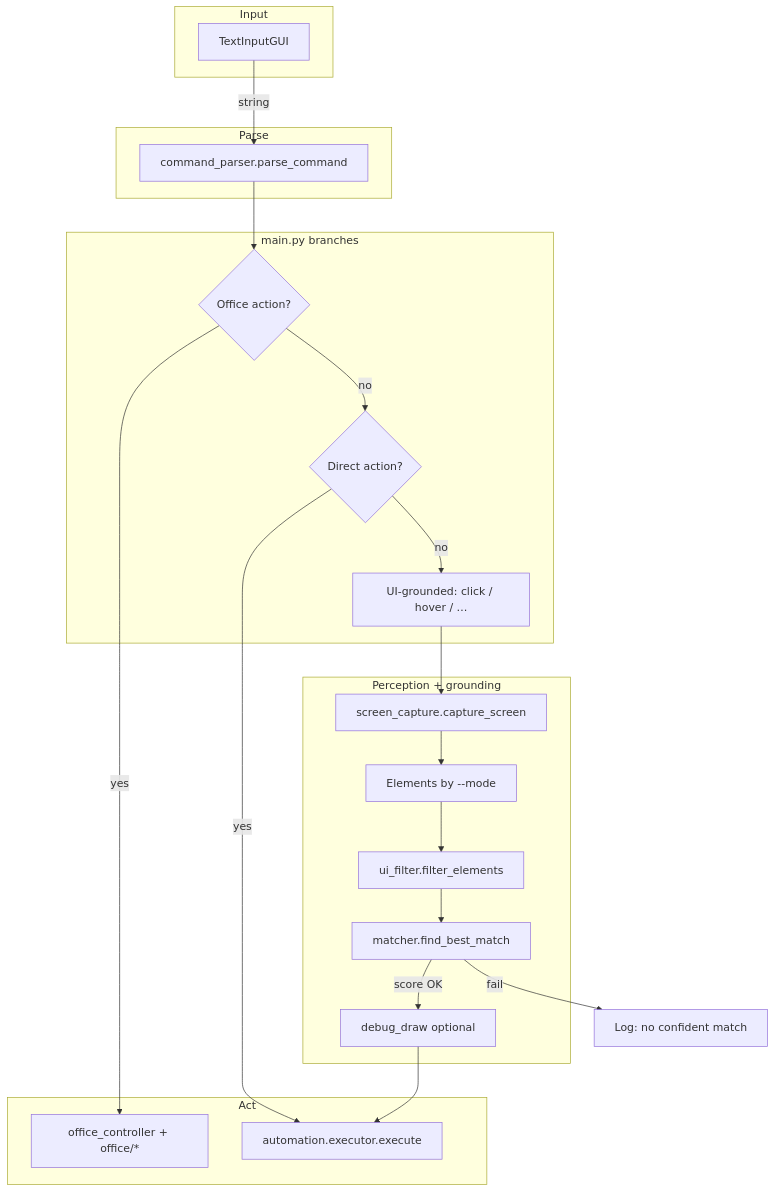
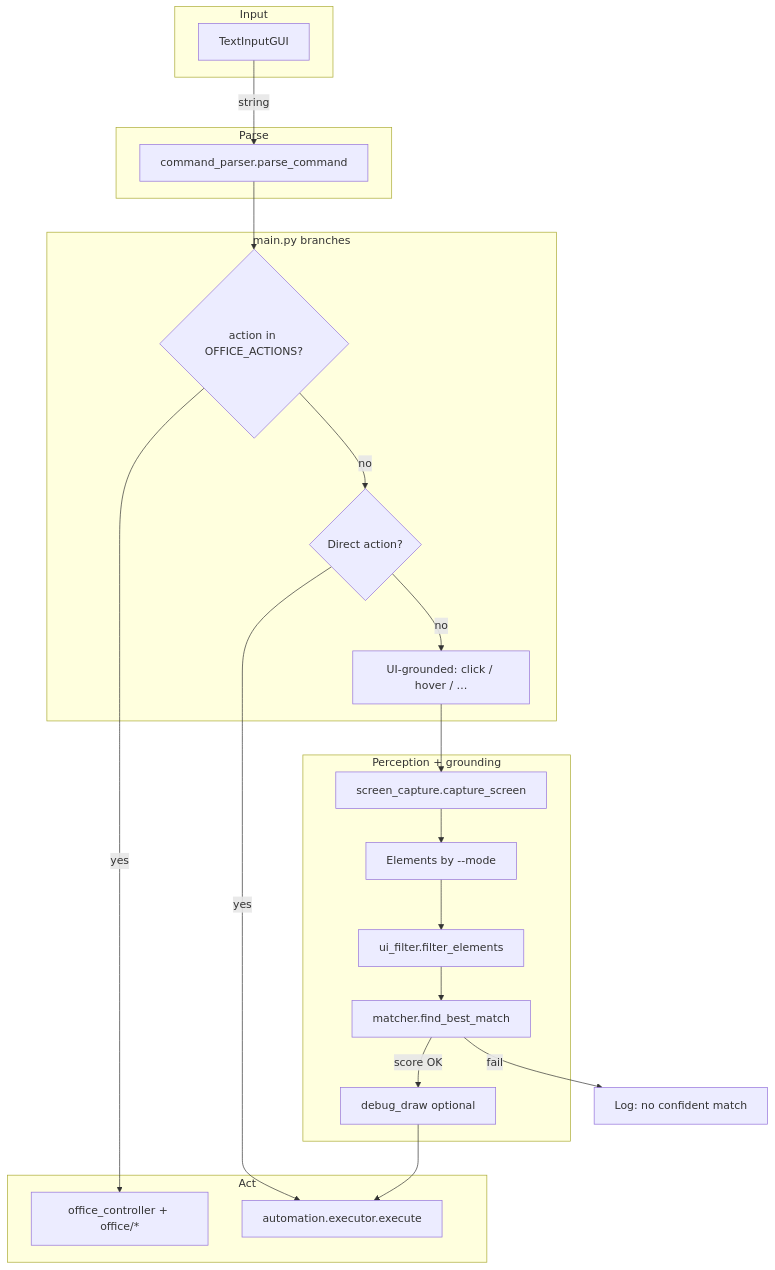
One commit to sumin-ma-1/voice-ui changed the diagram in README.md. Above: the diagram before and after it, drawn with Mermaid. The commit also changed other lines of this file and 14 other files, not shown here.

````diff
--- a/README.md
+++ b/README.md
@@ -9,39 +9,39 @@
 ```mermaid
 flowchart TD
     subgraph in [Input]
         GUI[TextInputGUI]
     end
 
     subgraph parse [Parse]
         PC[command_parser.parse_command]
     end
 
     subgraph route [main.py branches]
-        O{Office action?}
+        O{action in OFFICE_ACTIONS?}
         D{Direct action?}
         G[UI-grounded: click / hover / …]
     end
 
     subgraph ground [Perception + grounding]
         CAP[screen_capture.capture_screen]
         EXT[Elements by --mode]
         FLT[ui_filter.filter_elements]
         MAT[matcher.find_best_match]
         DBG[debug_draw optional]
     end
 
     subgraph out [Act]
         OC[office_controller + office/*]
         EX[automation.executor.execute]
     end
 
     GUI -->|string| PC
     PC --> O
     O -->|yes| OC
     O -->|no| D
     D -->|yes| EX
     D -->|no| G
     G --> CAP --> EXT --> FLT --> MAT
     MAT -->|score OK| DBG --> EX
     MAT -->|fail| NM[Log: no confident match]
 ```
````
